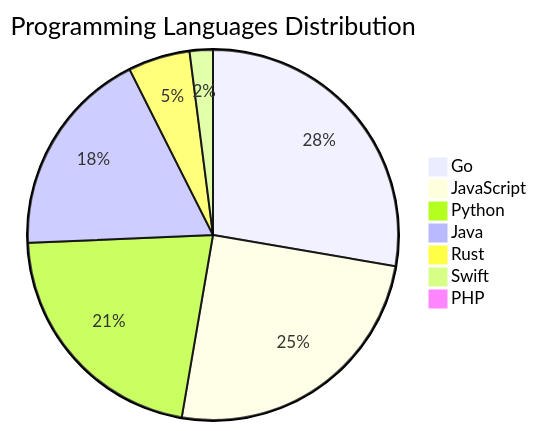
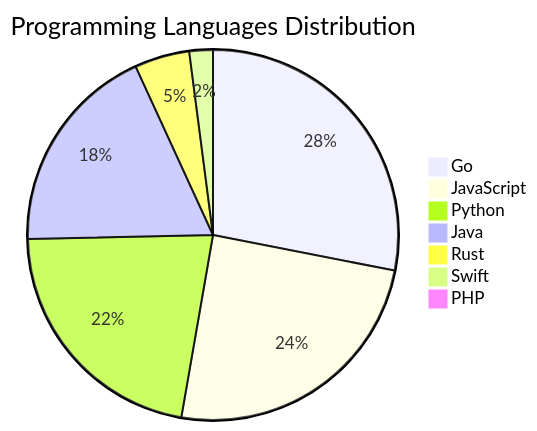
Before and after one commit to Derrick-MUGISHA/github-activity-bot: the diagram in README.md, drawn with Mermaid. The commit also changed other lines of this file and 4 other files, not shown here.

````diff
--- a/README.md
+++ b/README.md
@@ -209,10 +209,10 @@
 ```mermaid
 pie title Programming Languages Distribution
     "Go" : 41
-    "JavaScript" : 37
+    "JavaScript" : 36
     "Python" : 32
     "Java" : 27
-    "Rust" : 8
+    "Rust" : 7
     "Swift" : 3
     "PHP" : 1
 ```
````
